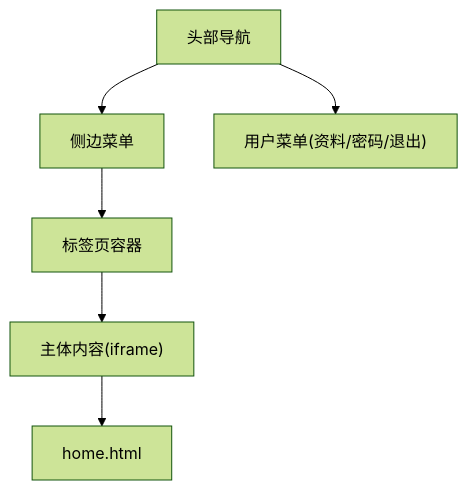
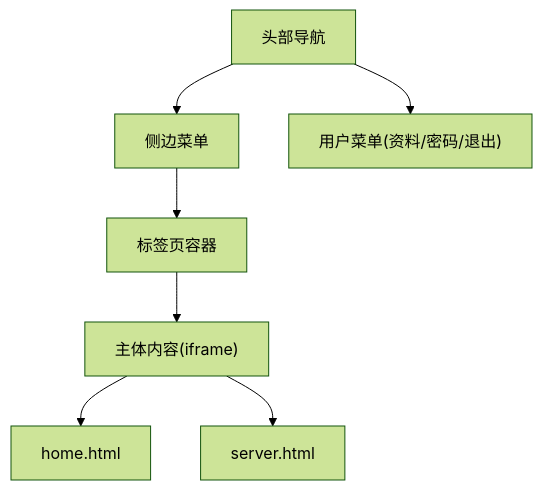
Before and after one commit to 709343767/phoenix: the fifth of 8 diagrams in .qoder/repowiki/zh/content/监控UI端模块/模板页面与前端资源.md, drawn with Mermaid (forest theme). The commit also changed other lines of this file and 7 other files, not shown here.

````diff
--- a/.qoder/repowiki/zh/content/监控UI端模块/模板页面与前端资源.md
+++ b/.qoder/repowiki/zh/content/监控UI端模块/模板页面与前端资源.md
@@ -203,8 +217,9 @@
 ```mermaid
 graph TB
 Header["头部导航"] --> SideMenu["侧边菜单"]
 SideMenu --> Tabs["标签页容器"]
 Tabs --> Body["主体内容(iframe)"]
 Body --> Home["home.html"]
+Body --> Server["server.html"]
 Header --> UserMenu["用户菜单(资料/密码/退出)"]
 ```
````
